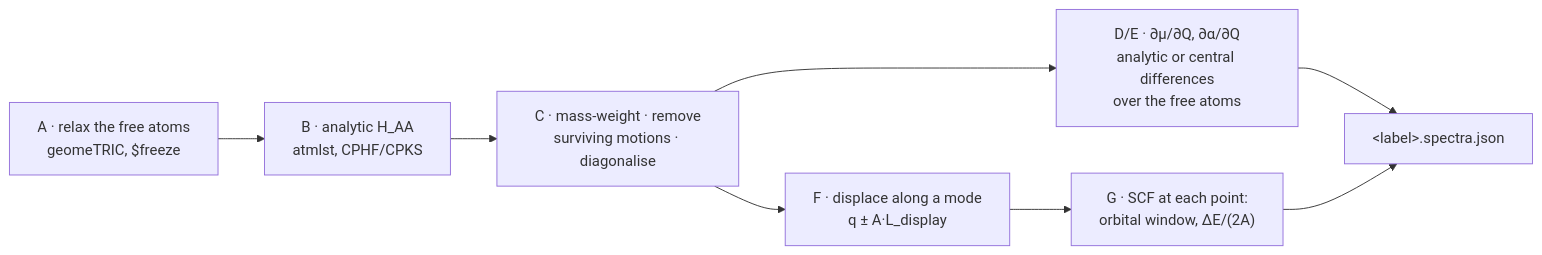
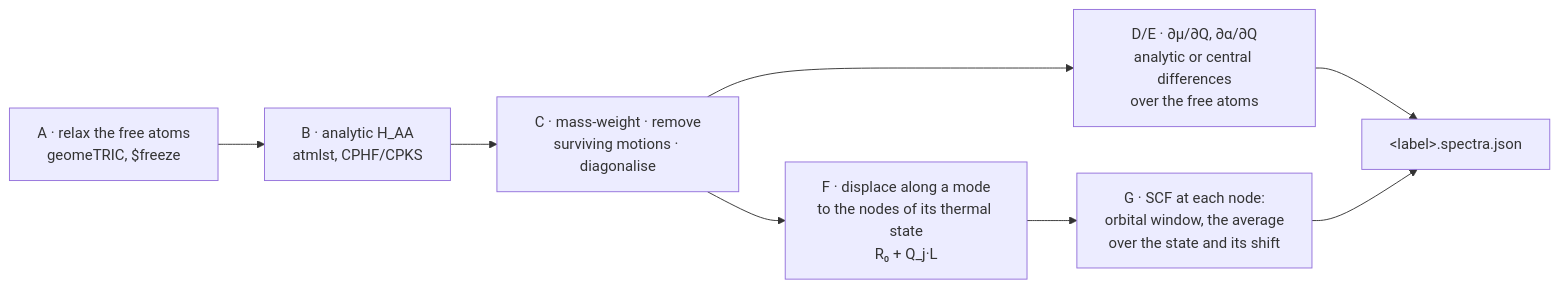
The second of 3 diagrams in docs/science/normal-modes.md (Qing-LAB/molbuilder), drawn with Mermaid before and after one commit. The commit also changed other lines of this file and 70 other files, not shown here.

````diff
--- a/docs/science/normal-modes.md
+++ b/docs/science/normal-modes.md
@@ -880,10 +880,10 @@
 ```mermaid
 flowchart LR
   A["A · relax the free atoms<br/>geomeTRIC, $freeze"] --> B["B · analytic H_AA<br/>atmlst, CPHF/CPKS"]
   B --> C["C · mass-weight · remove<br/>surviving motions · diagonalise"]
   C --> D["D/E · ∂μ/∂Q, ∂α/∂Q<br/>analytic or central differences<br/>over the free atoms"]
-  C --> F["F · displace along a mode<br/>q ± A·L_display"]
-  F --> G["G · SCF at each point:<br/>orbital window, ΔE/(2A)"]
+  C --> F["F · displace along a mode<br/>to the nodes of its thermal state<br/>R₀ + Q_j·L"]
+  F --> G["G · SCF at each node:<br/>orbital window, the average<br/>over the state and its shift"]
   D --> R["&lt;label&gt;.spectra.json"]
   G --> R
 ```
````
